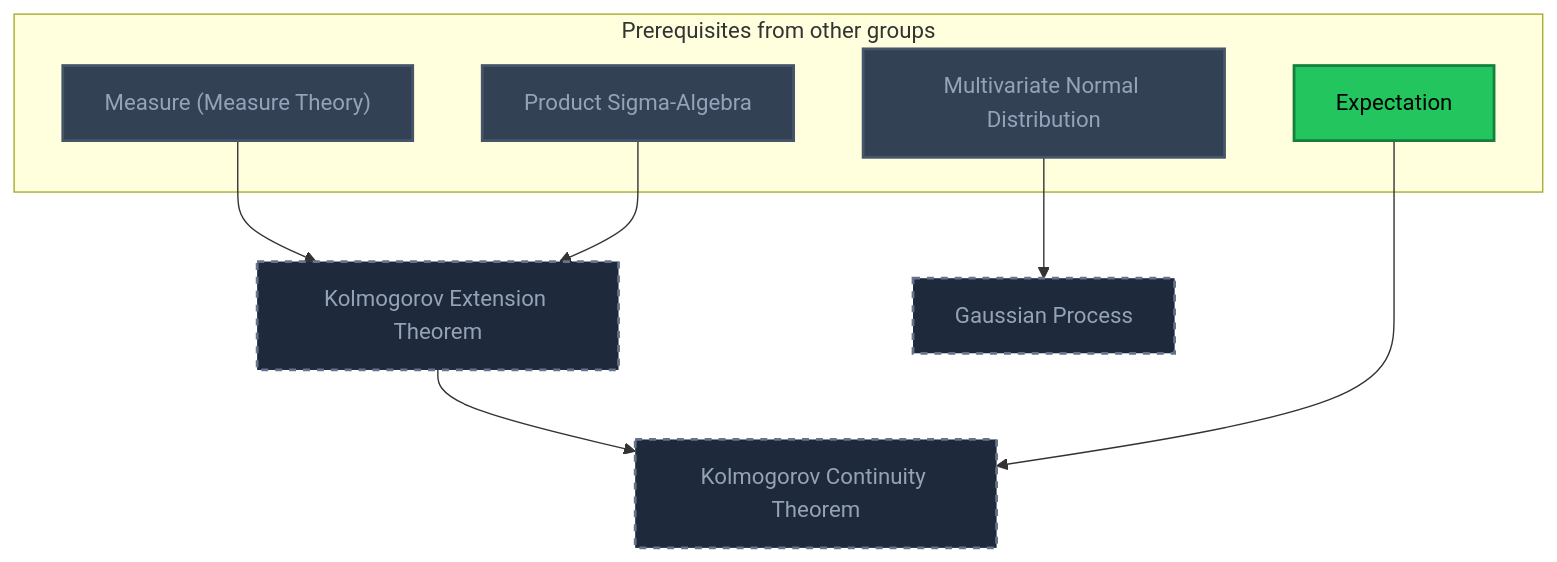
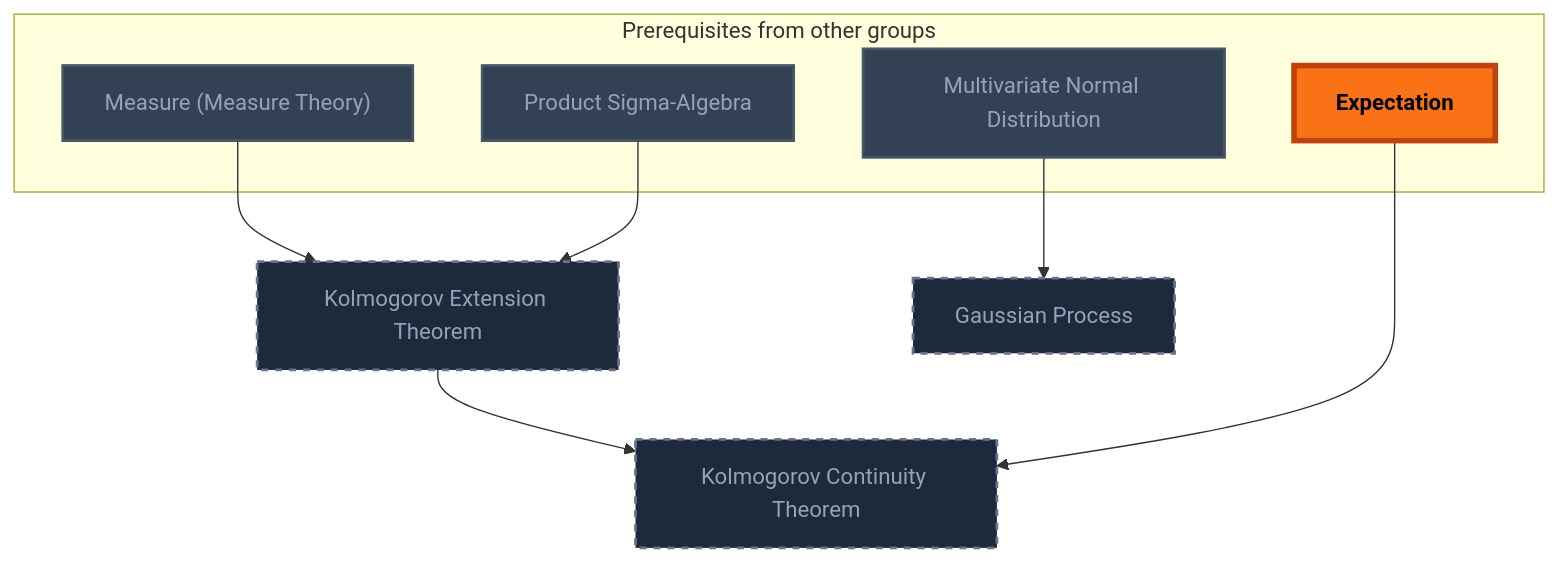
One commit to MRauf1/My-Notes changed the first of 11 diagrams in Gamification/Skill Trees/Stochastic Differential Equations.md. Above: the diagram before and after it, drawn with Mermaid. The commit also changed 73 other files, not shown here.

````diff
--- a/Gamification/Skill Trees/Stochastic Differential Equations.md
+++ b/Gamification/Skill Trees/Stochastic Differential Equations.md
@@ -17,30 +17,30 @@
 ```mermaid
 flowchart TD
     classDef planned fill:#1E293B,stroke:#64748B,stroke-width:2px,stroke-dasharray:5 5,color:#94A3B8;
     classDef locked fill:#334155,stroke:#475569,stroke-width:2px,color:#94A3B8;
     classDef L0 fill:#F1F5F9,stroke:#94A3B8,stroke-width:2px,color:#000000;
     classDef L1 fill:#22C55E,stroke:#15803D,stroke-width:2px,color:#000000;
     classDef L2 fill:#3B82F6,stroke:#1D4ED8,stroke-width:3px,color:#FFFFFF;
     classDef L3 fill:#A855F7,stroke:#6B21A8,stroke-width:3px,color:#FFFFFF,font-weight:bold;
     classDef L4 fill:#F97316,stroke:#C2410C,stroke-width:4px,color:#000000,font-weight:bold;
     classDef L5 fill:#FFD700,stroke:#FF8C00,stroke-width:5px,color:#000000,font-weight:bold;
     classDef rusty stroke:#8B4513,stroke-width:4px,stroke-dasharray:3 3;
     subgraph sg_prereqs["Prerequisites from other groups"]
         n_measure_measure_theory["Measure (Measure Theory)"]
         n_product_sigma_algebra["Product Sigma-Algebra"]
         n_multivariate_normal_distribution["Multivariate Normal Distribution"]
         n_expectation["Expectation"]
     end
     n_kolmogorov_extension_theorem["Kolmogorov Extension Theorem"]
     n_gaussian_process["Gaussian Process"]
     n_kolmogorov_continuity_theorem["Kolmogorov Continuity Theorem"]
     n_measure_measure_theory --> n_kolmogorov_extension_theorem
     n_product_sigma_algebra --> n_kolmogorov_extension_theorem
     n_multivariate_normal_distribution --> n_gaussian_process
     n_kolmogorov_extension_theorem --> n_kolmogorov_continuity_theorem
     n_expectation --> n_kolmogorov_continuity_theorem
     class n_kolmogorov_extension_theorem,n_gaussian_process,n_kolmogorov_continuity_theorem planned;
     class n_measure_measure_theory,n_product_sigma_algebra,n_multivariate_normal_distribution locked;
-    class n_expectation L1;
+    class n_expectation L4;
     class n_measure_measure_theory,n_product_sigma_algebra,n_multivariate_normal_distribution,n_expectation internal-link;
 ```
````
